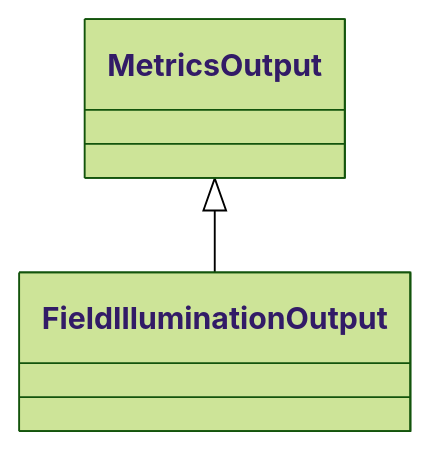
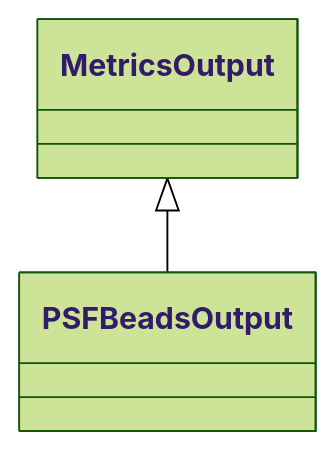
Before and after one commit to juliomateoslangerak/microscope-metrics: the diagram in docs/schema/samples/MetricsOutput.md, drawn with Mermaid (forest theme). The commit also changed other lines of this file and 108 other files, not shown here.

Commit message:
First version of the psf_beads_schema.yaml

````diff
--- a/docs/schema/samples/MetricsOutput.md
+++ b/docs/schema/samples/MetricsOutput.md
@@ -17,7 +17,7 @@
 ```mermaid
  classDiagram
     class MetricsOutput
-      MetricsOutput <|-- FieldIlluminationOutput
+      MetricsOutput <|-- PSFBeadsOutput
       
       
 ```
````
